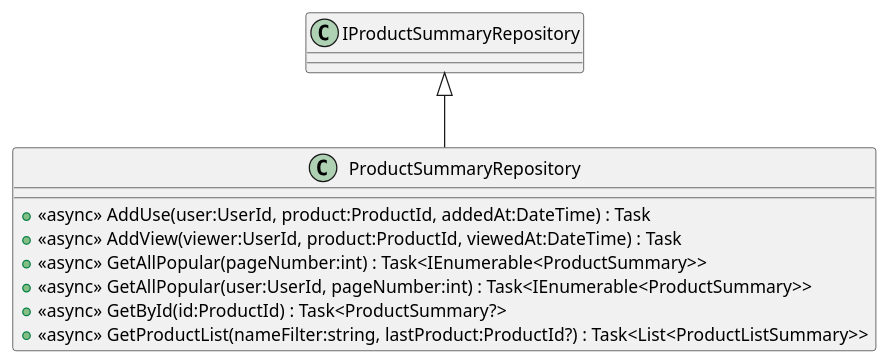
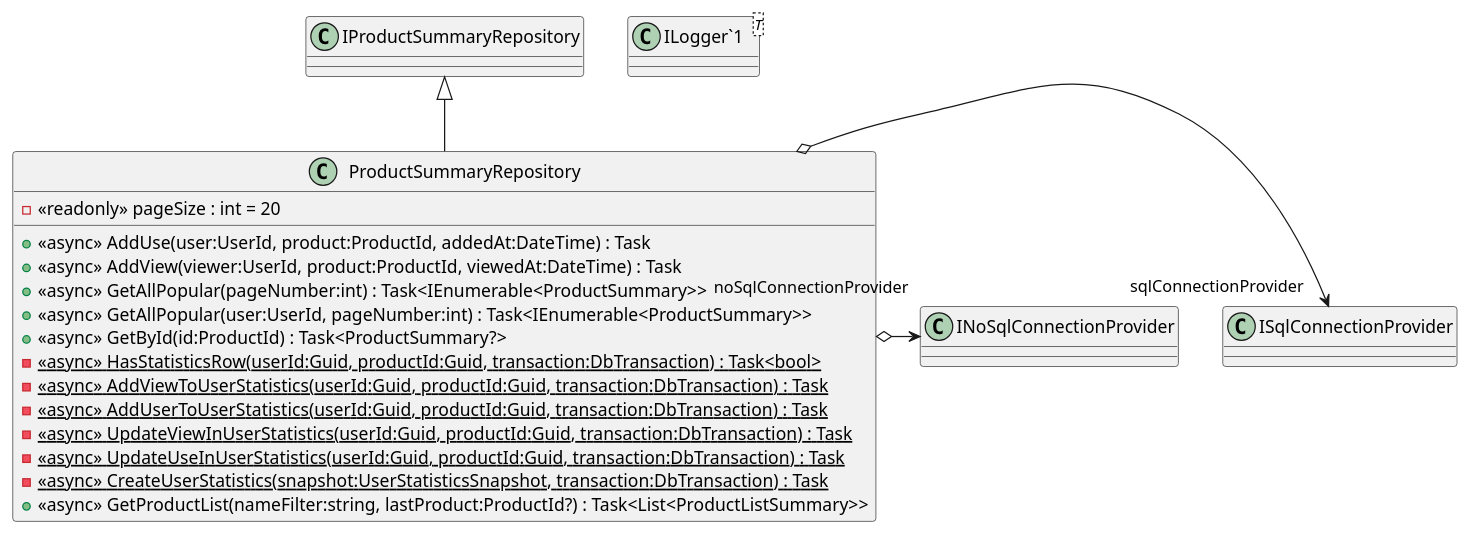
The diagram in plantuml/src/Product/ProperNutritionDiary.Product.Persistence/Product/Summary/ProductSummaryRepository.puml (nikita-mlygin/ProperNutritionDiary), drawn with PlantUML before and after one commit. The commit also changed 166 other files, not shown here.

```diff
--- a/plantuml/src/Product/ProperNutritionDiary.Product.Persistence/Product/Summary/ProductSummaryRepository.puml
+++ b/plantuml/src/Product/ProperNutritionDiary.Product.Persistence/Product/Summary/ProductSummaryRepository.puml
@@ -1,11 +1,22 @@
 @startuml
 class ProductSummaryRepository {
+    - <<readonly>> pageSize : int = 20
     + <<async>> AddUse(user:UserId, product:ProductId, addedAt:DateTime) : Task
     + <<async>> AddView(viewer:UserId, product:ProductId, viewedAt:DateTime) : Task
     + <<async>> GetAllPopular(pageNumber:int) : Task<IEnumerable<ProductSummary>>
     + <<async>> GetAllPopular(user:UserId, pageNumber:int) : Task<IEnumerable<ProductSummary>>
     + <<async>> GetById(id:ProductId) : Task<ProductSummary?>
+    - {static} <<async>> HasStatisticsRow(userId:Guid, productId:Guid, transaction:DbTransaction) : Task<bool>
+    - {static} <<async>> AddViewToUserStatistics(userId:Guid, productId:Guid, transaction:DbTransaction) : Task
+    - {static} <<async>> AddUserToUserStatistics(userId:Guid, productId:Guid, transaction:DbTransaction) : Task
+    - {static} <<async>> UpdateViewInUserStatistics(userId:Guid, productId:Guid, transaction:DbTransaction) : Task
+    - {static} <<async>> UpdateUseInUserStatistics(userId:Guid, productId:Guid, transaction:DbTransaction) : Task
+    - {static} <<async>> CreateUserStatistics(snapshot:UserStatisticsSnapshot, transaction:DbTransaction) : Task
     + <<async>> GetProductList(nameFilter:string, lastProduct:ProductId?) : Task<List<ProductListSummary>>
 }
+class "ILogger`1"<T> {
+}
 IProductSummaryRepository <|-- ProductSummaryRepository
+ProductSummaryRepository o-> "sqlConnectionProvider" ISqlConnectionProvider
+ProductSummaryRepository o-> "noSqlConnectionProvider" INoSqlConnectionProvider
 @enduml
```
